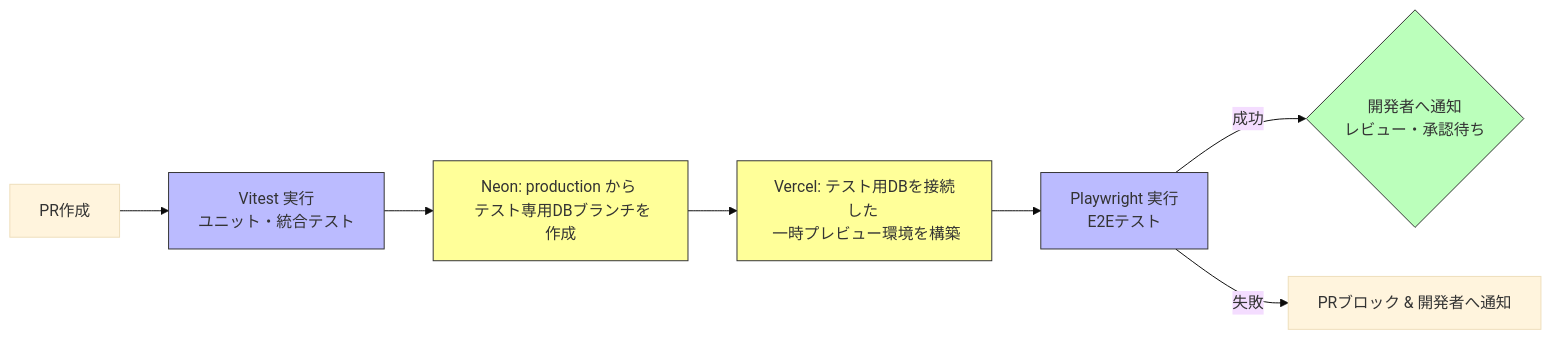
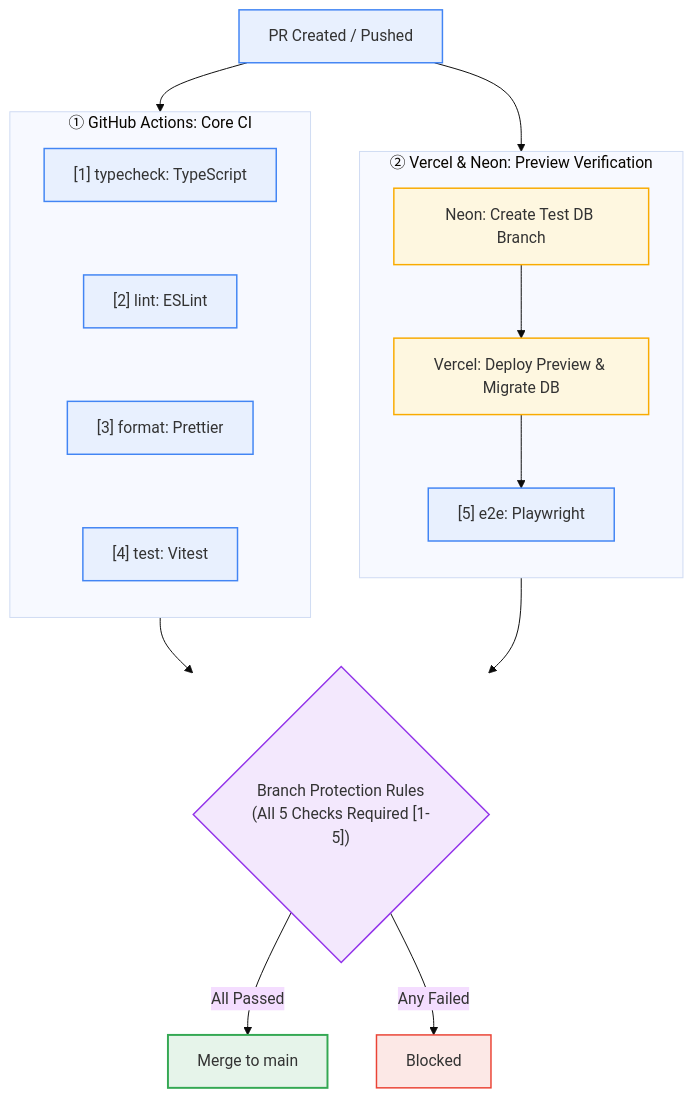
The first of 2 diagrams in README.md (asaborian/material-request), drawn with Mermaid (base theme) before and after one commit. The commit also changed other lines of this file, not shown here.

Commit message:
docs: READMEのCI/CDパイプラインMermaid図を実態に合わせて更新 (#65)

````diff
--- a/README.md
+++ b/README.md
@@ -26,11 +28,37 @@
 ```mermaid
-graph LR
-    classDef test fill:#bbf,stroke:#333,stroke-width:1px;
-    classDef db fill:#ff9,stroke:#333,stroke-width:1px;
-    classDef success fill:#bfb,stroke:#333,stroke-width:1px;
+flowchart TD
+    classDef check fill:#e8f0fe,stroke:#4285f4,stroke-width:1.5px;
+    classDef db fill:#fef7e0,stroke:#f9ab00,stroke-width:1.5px;
+    classDef gate fill:#f3e8fd,stroke:#9334ea,stroke-width:1.5px;
+    classDef ok fill:#e6f4ea,stroke:#34a853,stroke-width:2px;
+    classDef ng fill:#fce8e6,stroke:#ea4335,stroke-width:1.5px;
 
-    A[PR作成] --> B[Vitest 実行 <br> ユニット・統合テスト]:::test --> C[Neon: production から <br> テスト専用DBブランチを作成]:::db --> D[Vercel: テスト用DBを接続した <br> 一時プレビュー環境を構築]:::db --> E[Playwright 実行 <br> E2Eテスト]:::test
+    PR["PR Created / Pushed"]:::check
 
-    E -->|成功| F{開発者へ通知 <br> レビュー・承認待ち}:::success
-    E -->|失敗| Fail1[PRブロック & 開発者へ通知]
+    subgraph CI [" ① GitHub Actions: Core CI "]
+        direction TB
+        TC["[1] typecheck: TypeScript"]:::check
+        LINT["[2] lint: ESLint"]:::check
+        FMT["[3] format: Prettier"]:::check
+        UNIT["[4] test: Vitest"]:::check
+        TC ~~~ LINT ~~~ FMT ~~~ UNIT
+    end
+
+    subgraph PREVIEW [" ② Vercel & Neon: Preview Verification "]
+        direction TB
+        NEON["Neon: Create Test DB Branch"]:::db
+        VERCEL["Vercel: Deploy Preview & Migrate DB"]:::db
+        E2E["[5] e2e: Playwright"]:::check
+        NEON --> VERCEL --> E2E
+    end
+
+    PR --> CI
+    PR --> PREVIEW
+
+    %% コアCI(1-4)とプレビューE2E(5)が合流してゲート判定
+    CI --> GATE{"Branch Protection Rules<br>(All 5 Checks Required [1-5])"}:::gate
+    E2E --> GATE
+
+    GATE -->|All Passed| PASS["Merge to main"]:::ok
+    GATE -->|Any Failed| FAIL["Blocked"]:::ng
 ```
````
